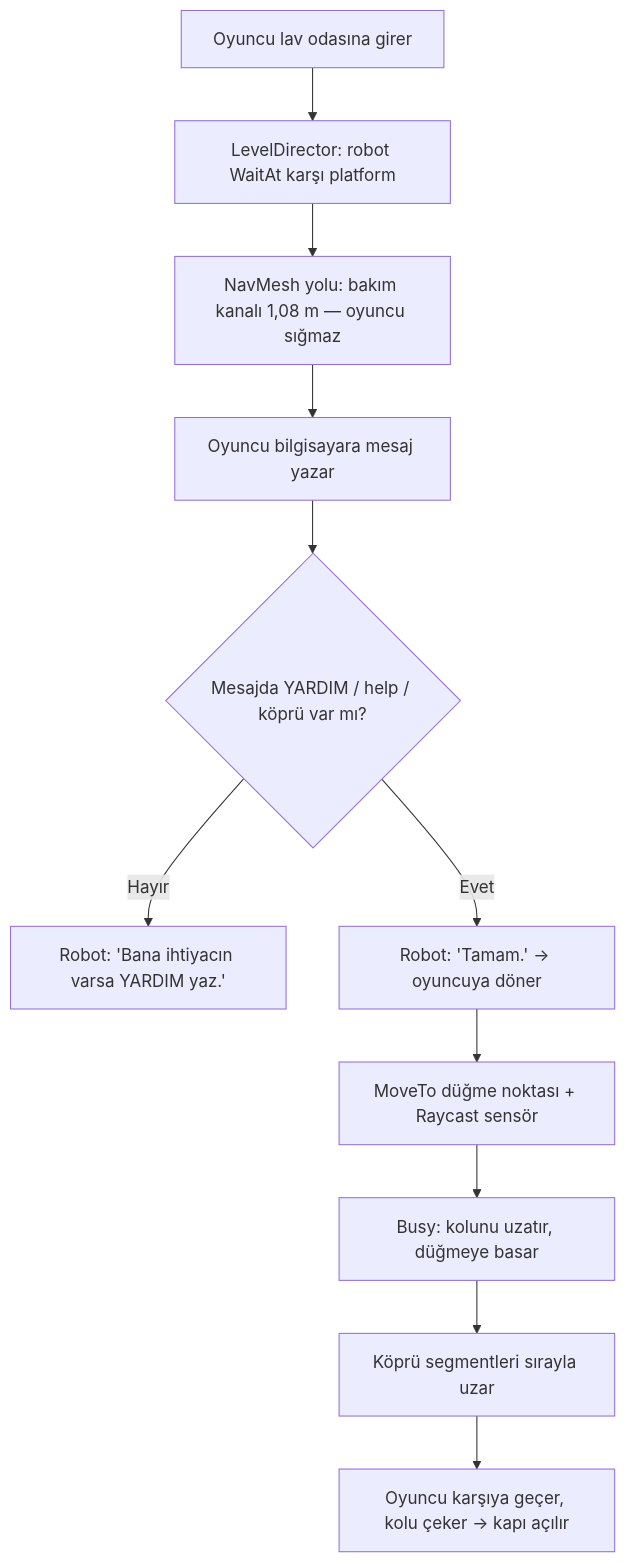
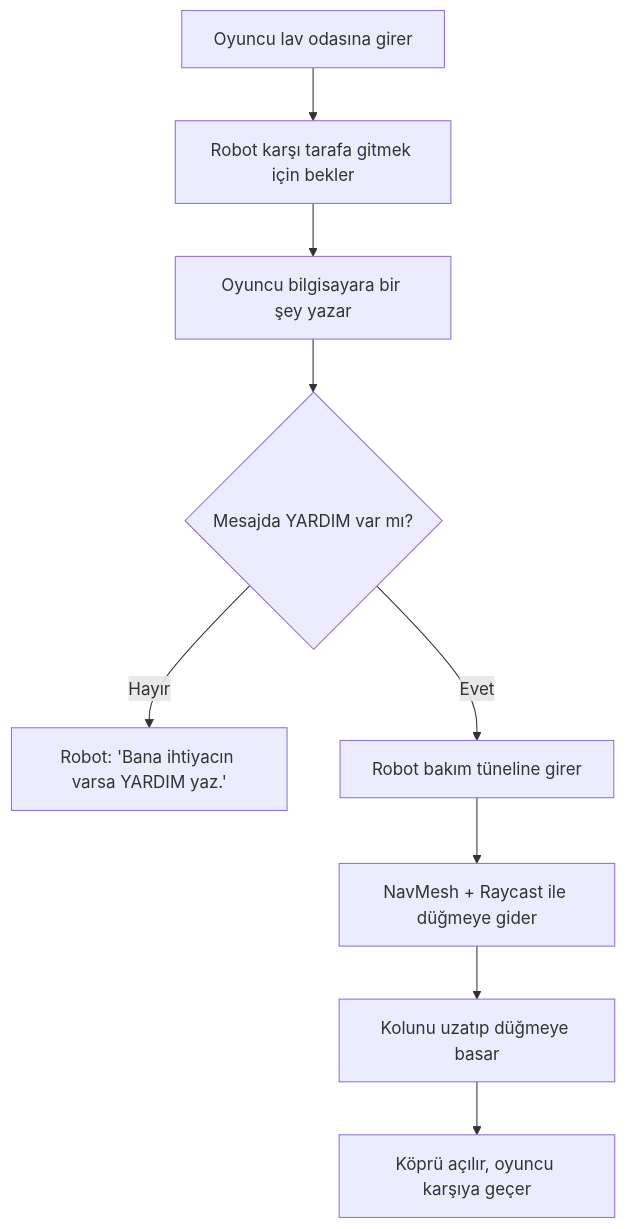
One commit to Sukhee505/game changed the fourth of 6 diagrams in README.md. Above: the diagram before and after it, drawn with Mermaid. The commit also changed other lines of this file, not shown here.

````diff
--- a/README.md
+++ b/README.md
@@ -149,13 +148,11 @@
 ```mermaid
 flowchart TD
-    A[Oyuncu lav odasına girer] --> B[LevelDirector: robot WaitAt karşı platform]
-    B --> C[NavMesh yolu: bakım kanalı 1,08 m — oyuncu sığmaz]
-    C --> D[Oyuncu bilgisayara mesaj yazar]
-    D --> E{Mesajda YARDIM / help / köprü var mı?}
-    E -- Hayır --> F[Robot: 'Bana ihtiyacın varsa YARDIM yaz.']
-    E -- Evet --> G[Robot: 'Tamam.' → oyuncuya döner]
-    G --> H[MoveTo düğme noktası + Raycast sensör]
-    H --> I[Busy: kolunu uzatır, düğmeye basar]
-    I --> J[Köprü segmentleri sırayla uzar]
-    J --> K[Oyuncu karşıya geçer, kolu çeker → kapı açılır]
+    A[Oyuncu lav odasına girer] --> B[Robot karşı tarafa gitmek için bekler]
+    B --> C[Oyuncu bilgisayara bir şey yazar]
+    C --> D{Mesajda YARDIM var mı?}
+    D -- Hayır --> E[Robot: 'Bana ihtiyacın varsa YARDIM yaz.']
+    D -- Evet --> F[Robot bakım tüneline girer]
+    F --> G[NavMesh + Raycast ile düğmeye gider]
+    G --> H[Kolunu uzatıp düğmeye basar]
+    H --> I[Köprü açılır, oyuncu karşıya geçer]
 ```
````
